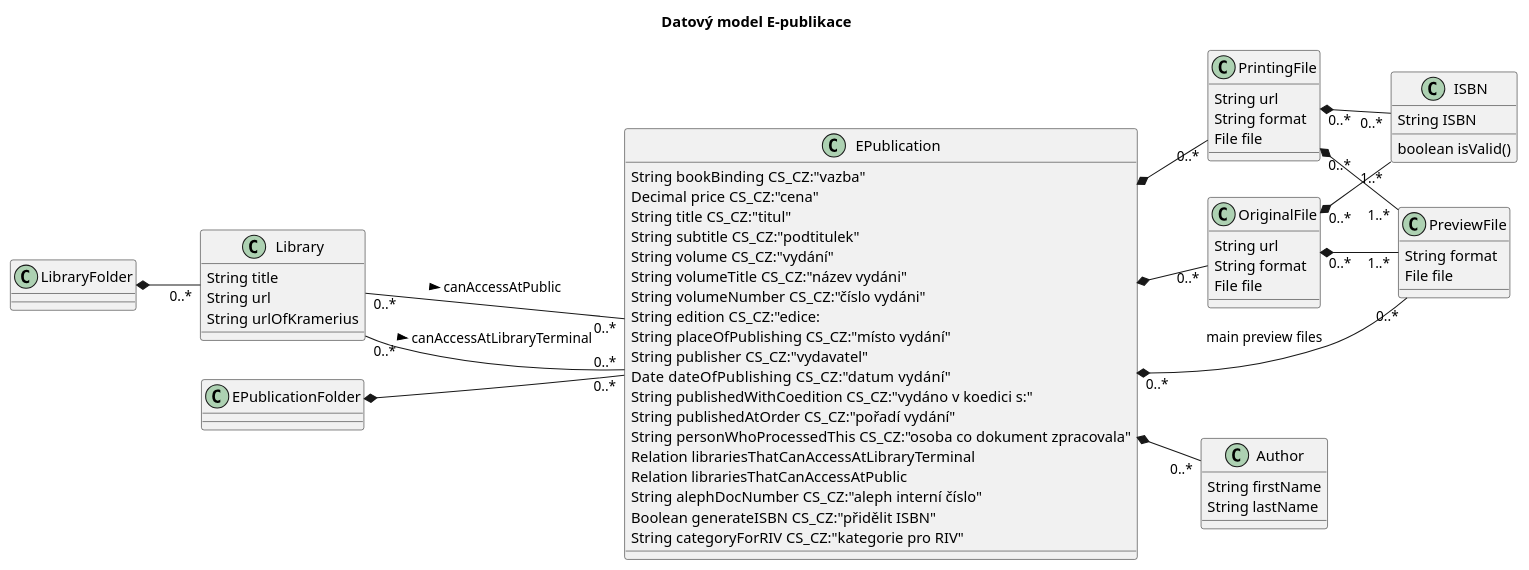
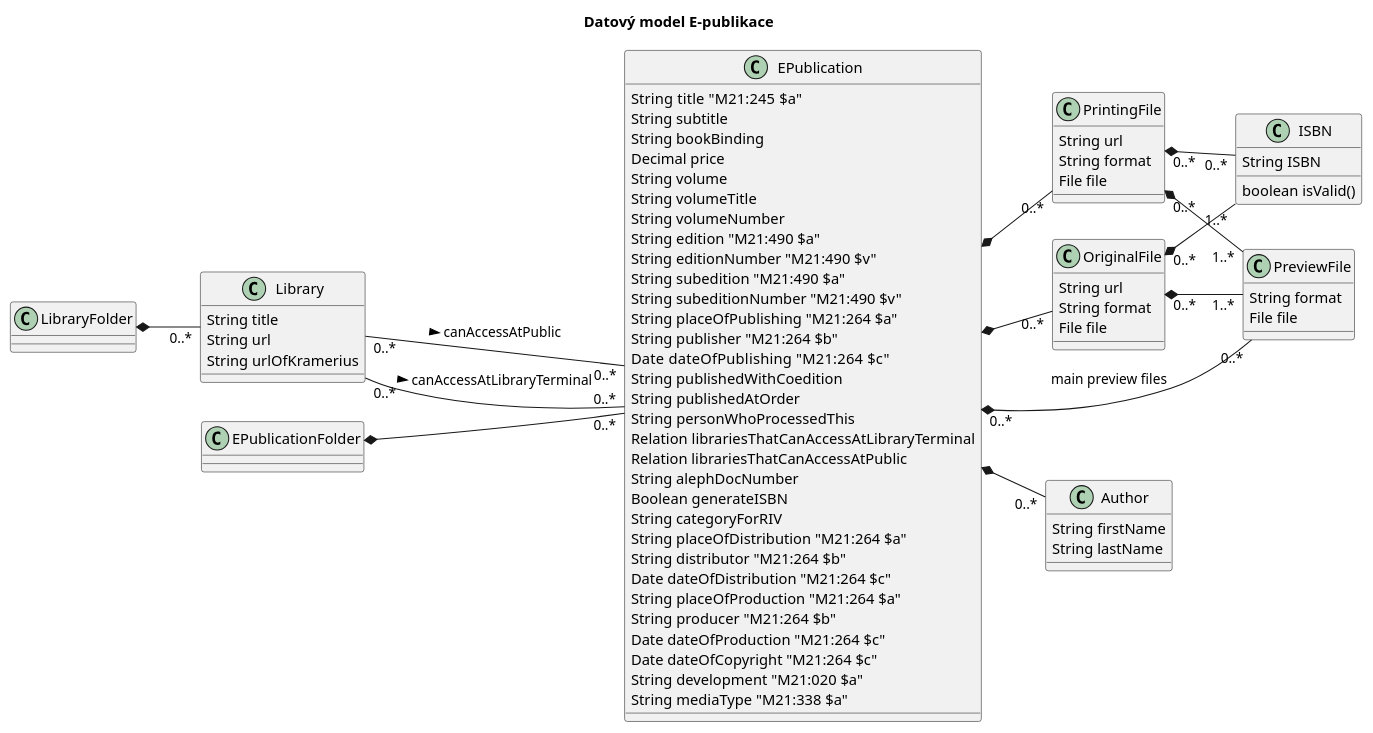
One commit to edeposit/edeposit changed the diagram in docs/dm01.plantuml. Above: the diagram before and after it, drawn with PlantUML. The commit also changed 1 other file, not shown here.

```diff
--- a/docs/dm01.plantuml
+++ b/docs/dm01.plantuml
@@ -1,81 +1,93 @@
 @startuml
 skinparam componentStyle uml2
 left to right direction
 title Datový model E-publikace
 
 class Library {
       String title
       String url
       String urlOfKramerius
 }
 
 class ISBN {
       String ISBN
       boolean isValid()
 }
 
 class PreviewFile {
       String format
       File file
 }
 
 class OriginalFile {
       String url
       String format
       File file
 }
 
 class Author {
       String firstName
       String lastName
 }
 
 class PrintingFile {
       String url
       String format
       File file
 }
 
 class EPublication {
-      String bookBinding CS_CZ:"vazba"
-      Decimal price CS_CZ:"cena"
-      String title CS_CZ:"titul"
-      String subtitle CS_CZ:"podtitulek"
-      String volume CS_CZ:"vydání"
-      String volumeTitle CS_CZ:"název vydáni"
-      String volumeNumber CS_CZ:"číslo vydáni"
-      String edition CS_CZ:"edice:
-      String placeOfPublishing CS_CZ:"místo vydání"
-      String publisher CS_CZ:"vydavatel"
-      Date   dateOfPublishing CS_CZ:"datum vydání"
-      String publishedWithCoedition CS_CZ:"vydáno v koedici s:"
-      String publishedAtOrder CS_CZ:"pořadí vydání"
-      String personWhoProcessedThis CS_CZ:"osoba co dokument zpracovala"
+      String title  "M21:245 $a"
+      String subtitle 
+      String bookBinding 
+      Decimal price 
+      String volume
+      String volumeTitle
+      String volumeNumber
+      String edition "M21:490 $a"
+      String editionNumber "M21:490 $v"
+      String subedition "M21:490 $a"
+      String subeditionNumber "M21:490 $v"
+      String placeOfPublishing "M21:264 $a"
+      String publisher "M21:264 $b"
+      Date   dateOfPublishing "M21:264 $c"
+      String publishedWithCoedition 
+      String publishedAtOrder 
+      String personWhoProcessedThis
       Relation librariesThatCanAccessAtLibraryTerminal
       Relation librariesThatCanAccessAtPublic
-      String alephDocNumber CS_CZ:"aleph interní číslo"
-      Boolean generateISBN CS_CZ:"přidělit ISBN"
-      String categoryForRIV CS_CZ:"kategorie pro RIV"
+      String alephDocNumber
+      Boolean generateISBN
+      String categoryForRIV
+      String placeOfDistribution "M21:264 $a"
+      String distributor "M21:264 $b"
+      Date dateOfDistribution "M21:264 $c"
+      String placeOfProduction "M21:264 $a"
+      String producer "M21:264 $b"
+      Date dateOfProduction "M21:264 $c"
+      Date dateOfCopyright "M21:264 $c"
+      String development "M21:020 $a"
+      String mediaType "M21:338 $a"
 }
 
 class EPublicationFolder {
       
 }
 
 class LibraryFolder {
 }
 
 Library "0..*" -- "0..*" EPublication: canAccessAtLibraryTerminal >
 Library "0..*" -- "0..*" EPublication: canAccessAtPublic >
 EPublication *-- "0..*" OriginalFile
 EPublication *-- "0..*" PrintingFile
 EPublication *-- "0..*" Author
 EPublication "0..*" *-- "0..*" PreviewFile: main preview files
 OriginalFile "0..*" *-- "1..*" ISBN
 PrintingFile "0..*" *-- "0..*" ISBN
 OriginalFile "0..*" *-- "1..*" PreviewFile
 PrintingFile "0..*" *-- "1..*" PreviewFile
 EPublicationFolder *-- "0..*" EPublication
 LibraryFolder *-- "0..*" Library
 
 @enduml
```
